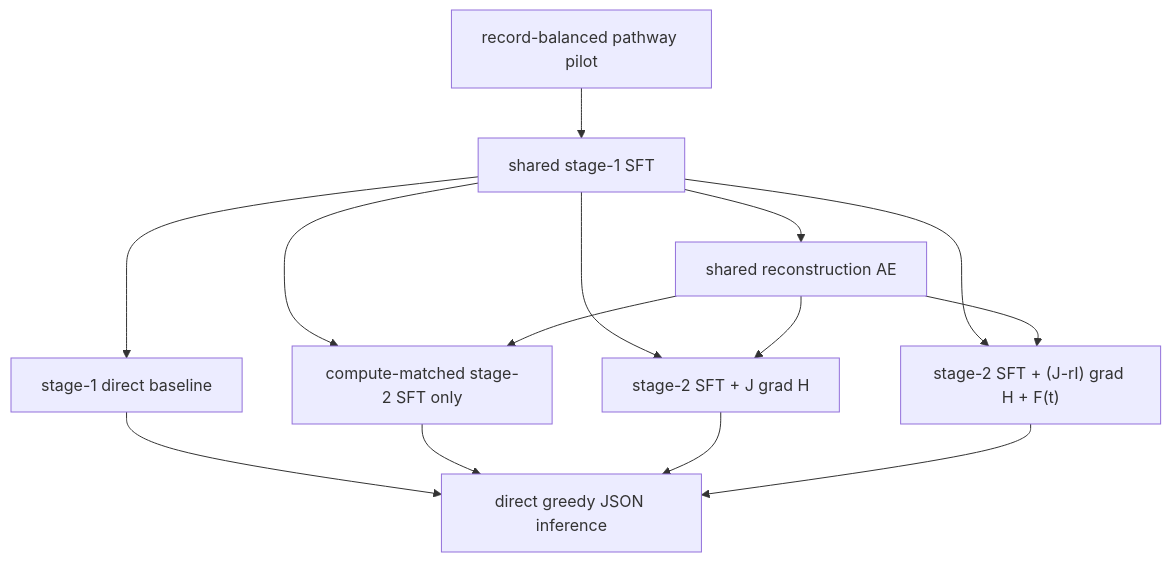
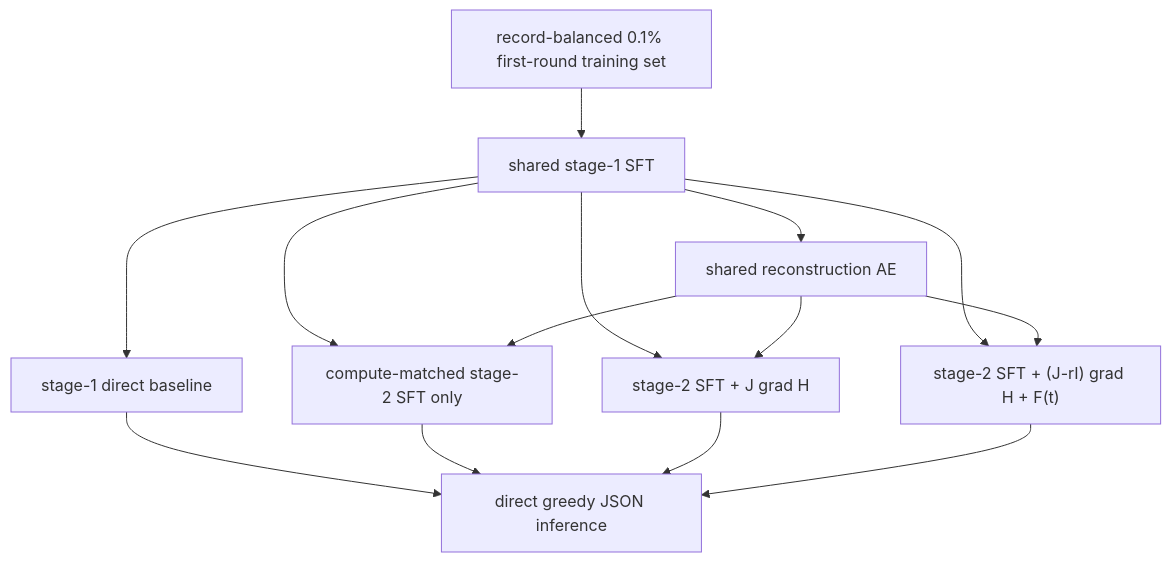
The diagram in experiments/TRAINING_MATRIX.md (KingofLaniakea/ChatPathway2), drawn with Mermaid before and after one commit. The commit also changed other lines of this file and 33 other files, not shown here.

````diff
--- a/experiments/TRAINING_MATRIX.md
+++ b/experiments/TRAINING_MATRIX.md
@@ -3,16 +3,16 @@
 ```mermaid
 flowchart TD
-  data["record-balanced pathway pilot"] --> sft["shared stage-1 SFT"]
+  data["record-balanced 0.1% first-round training set"] --> sft["shared stage-1 SFT"]
   sft --> ae["shared reconstruction AE"]
   sft --> base["stage-1 direct baseline"]
   sft --> s2["compute-matched stage-2 SFT only"]
   ae --> s2
   sft --> hnn["stage-2 SFT + J grad H"]
   ae --> hnn
   sft --> fdh["stage-2 SFT + (J-rI) grad H + F(t)"]
   ae --> fdh
   base --> direct["direct greedy JSON inference"]
   s2 --> direct
   hnn --> direct
   fdh --> direct
 ```
````
